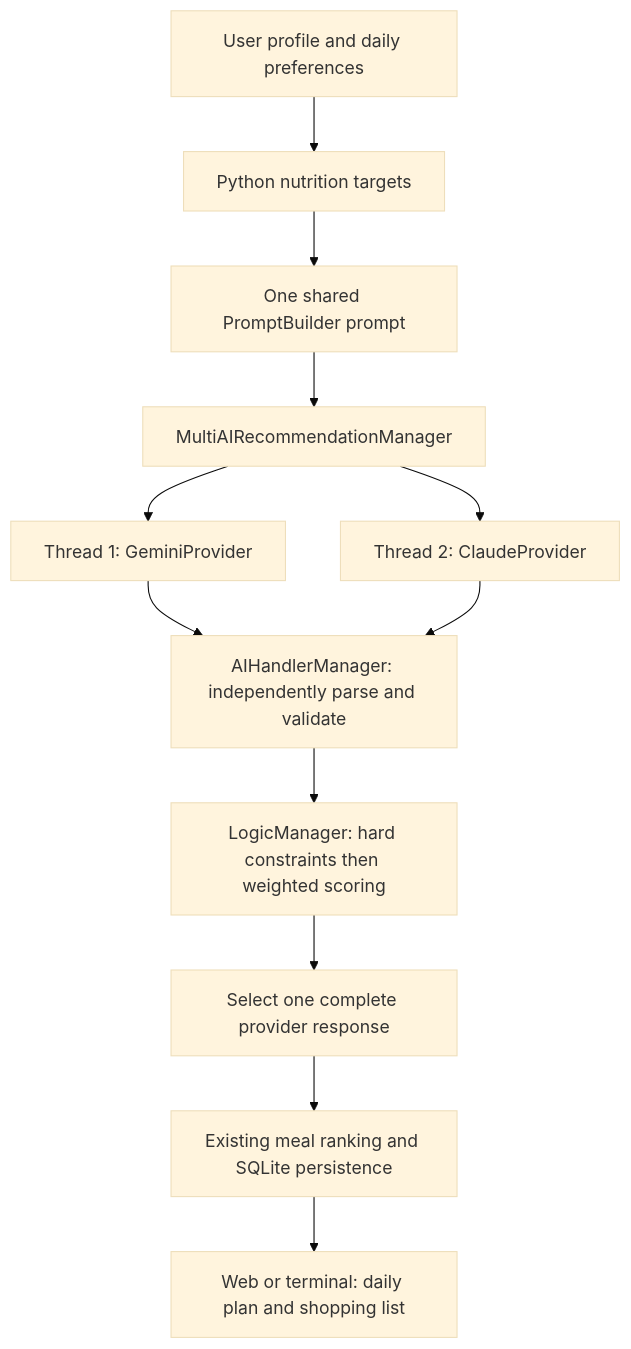
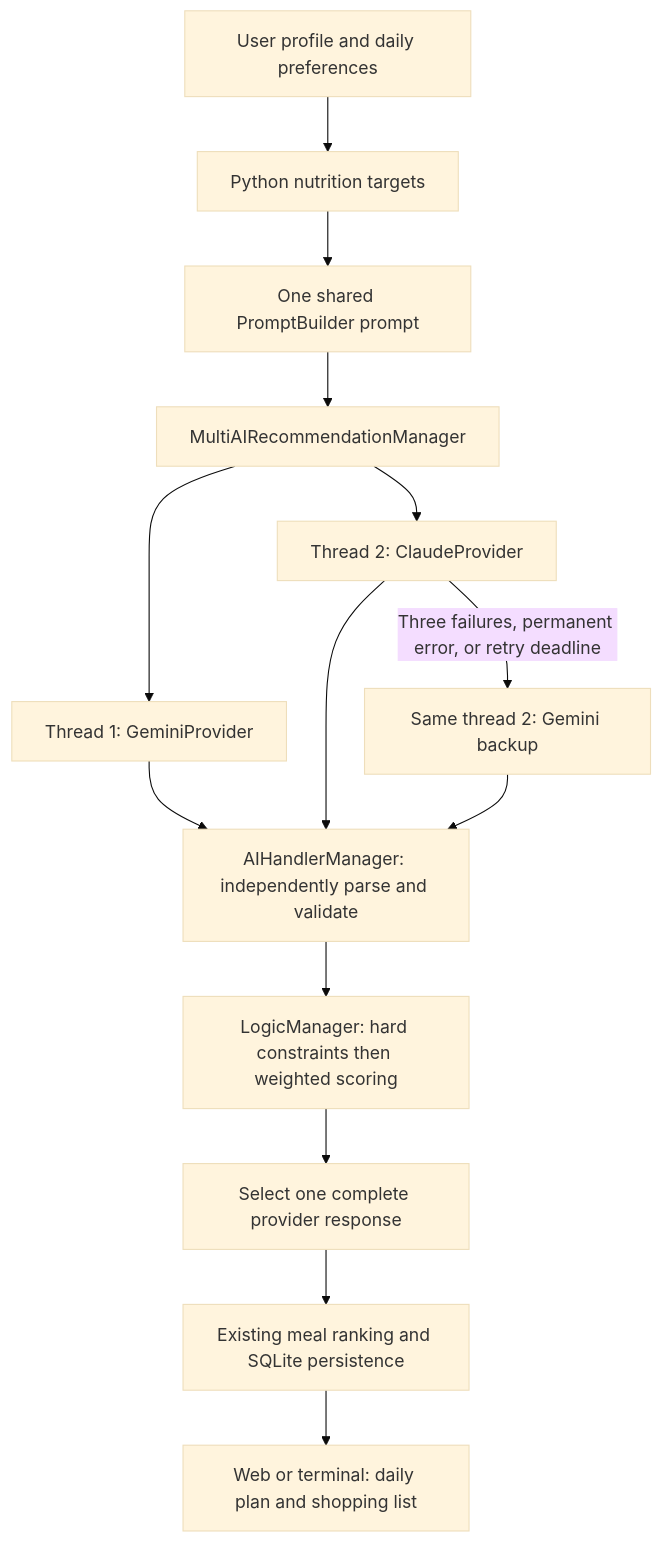
Before and after one commit to NatelieNeo/LAB-P12-Team2-OOP: the diagram in README.md, drawn with Mermaid (base theme). The commit also changed other lines of this file and 3 other files, not shown here.

````diff
--- a/README.md
+++ b/README.md
@@ -20,14 +23,16 @@
 ```mermaid
 flowchart TD
     U[User profile and daily preferences] --> T[Python nutrition targets]
     T --> P[One shared PromptBuilder prompt]
     P --> A[MultiAIRecommendationManager]
     A --> G[Thread 1: GeminiProvider]
     A --> C[Thread 2: ClaudeProvider]
     G --> H[AIHandlerManager: independently parse and validate]
     C --> H
+    C -->|Three failures, permanent error, or retry deadline| B[Same thread 2: Gemini backup]
+    B --> H
     H --> L[LogicManager: hard constraints then weighted scoring]
     L --> S[Select one complete provider response]
     S --> D[Existing meal ranking and SQLite persistence]
     D --> I[Web or terminal: daily plan and shopping list]
 ```
````
